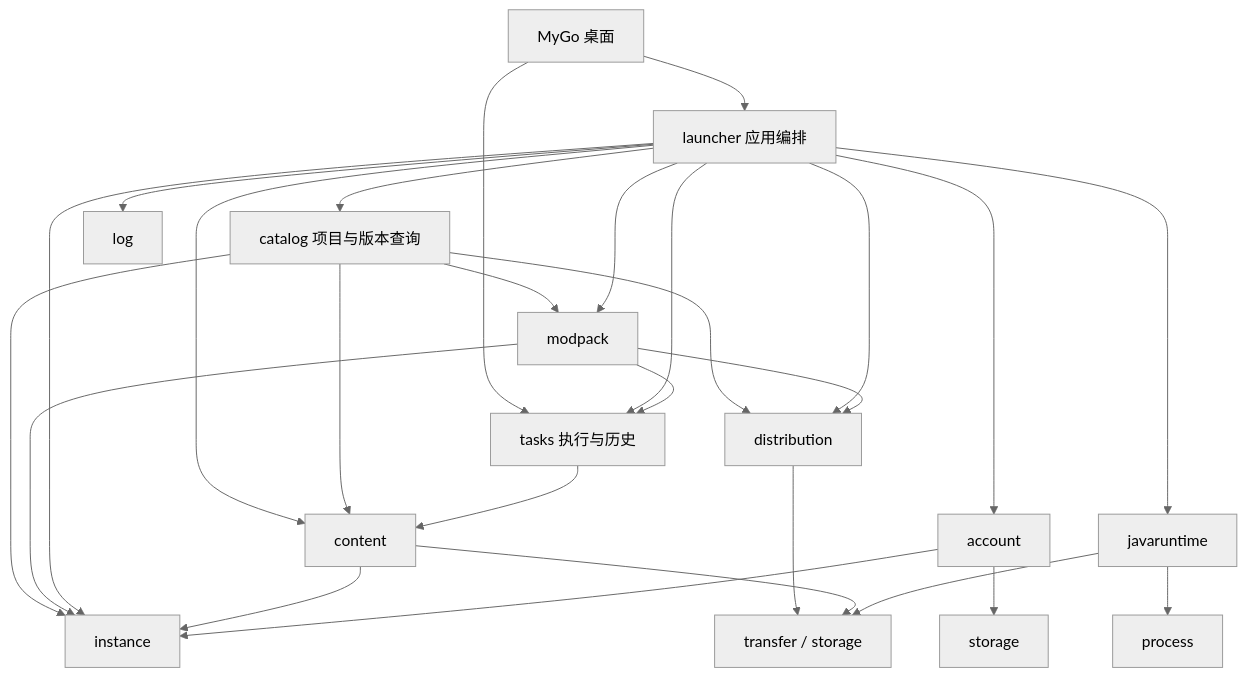
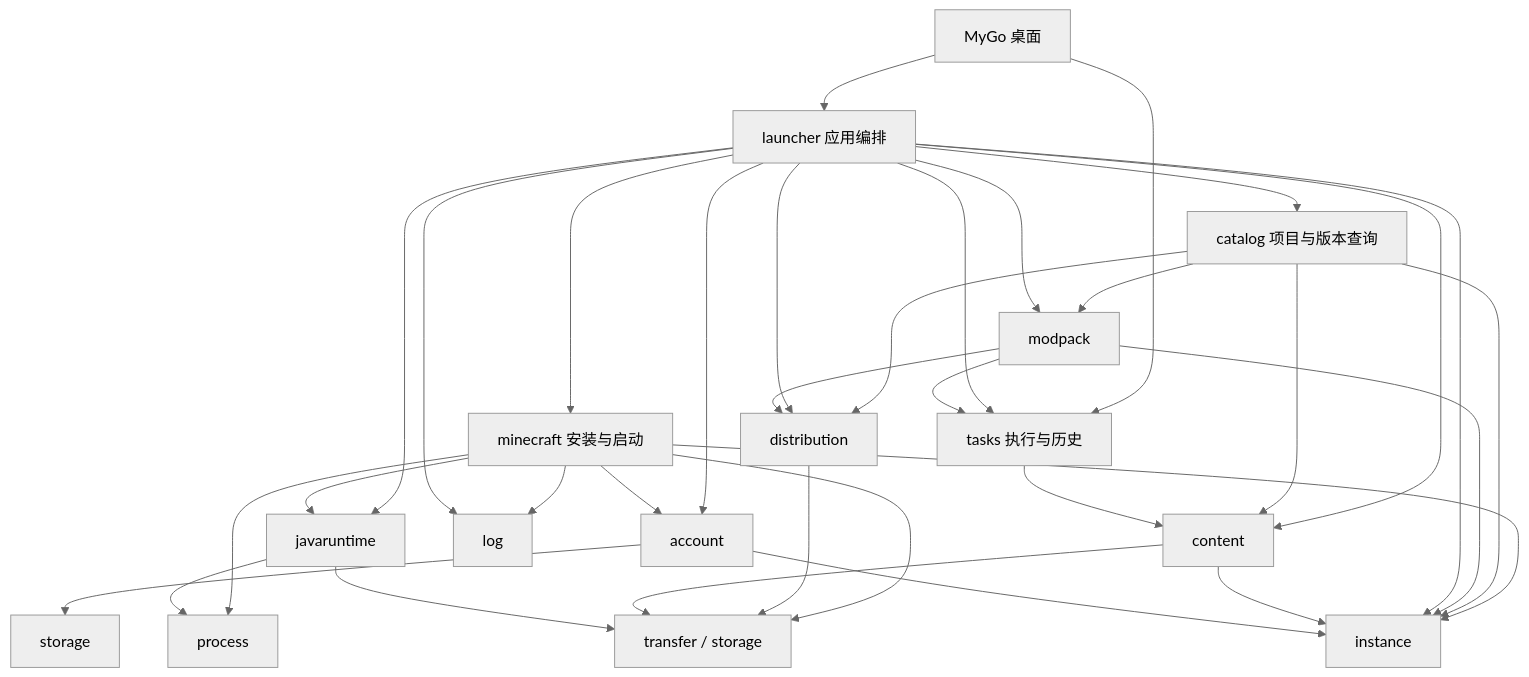
One commit to CAUCraft/LXMCL changed the diagram in docs/architecture.md. Above: the diagram before and after it, drawn with Mermaid (neutral theme). The commit also changed other lines of this file and 58 other files, not shown here.

Commit message:
refactor(minecraft): isolate game installation and process startup

````diff
--- a/docs/architecture.md
+++ b/docs/architecture.md
@@ -28,29 +29,36 @@
 ```mermaid
 flowchart TD
     UI[MyGo 桌面] --> Launcher[launcher 应用编排]
     UI --> Tasks[tasks 执行与历史]
     Launcher --> Tasks
     Launcher --> Account[account]
     Launcher --> Java[javaruntime]
+    Launcher --> Minecraft[minecraft 安装与启动]
+    Minecraft --> Java
+    Minecraft --> Account
+    Minecraft --> Instance
+    Minecraft --> Transfer
+    Minecraft --> Process
+    Minecraft --> Logs
     Launcher --> Content[content]
     Launcher --> Catalog[catalog 项目与版本查询]
     Catalog --> Content
     Catalog --> Instance
     Catalog --> Modpack
     Catalog --> Distribution
     Launcher --> Modpack[modpack]
     Launcher --> Distribution[distribution]
     Modpack --> Distribution
     Modpack --> Instance
     Modpack --> Tasks
     Distribution --> Transfer
     Launcher --> Instance[instance]
     Tasks --> Content
     Content --> Instance
     Content --> Transfer[transfer / storage]
     Java --> Transfer
     Java --> Process[process]
     Account --> Instance
     Account --> Storage[storage]
     Launcher --> Logs[log]
 ```
````
